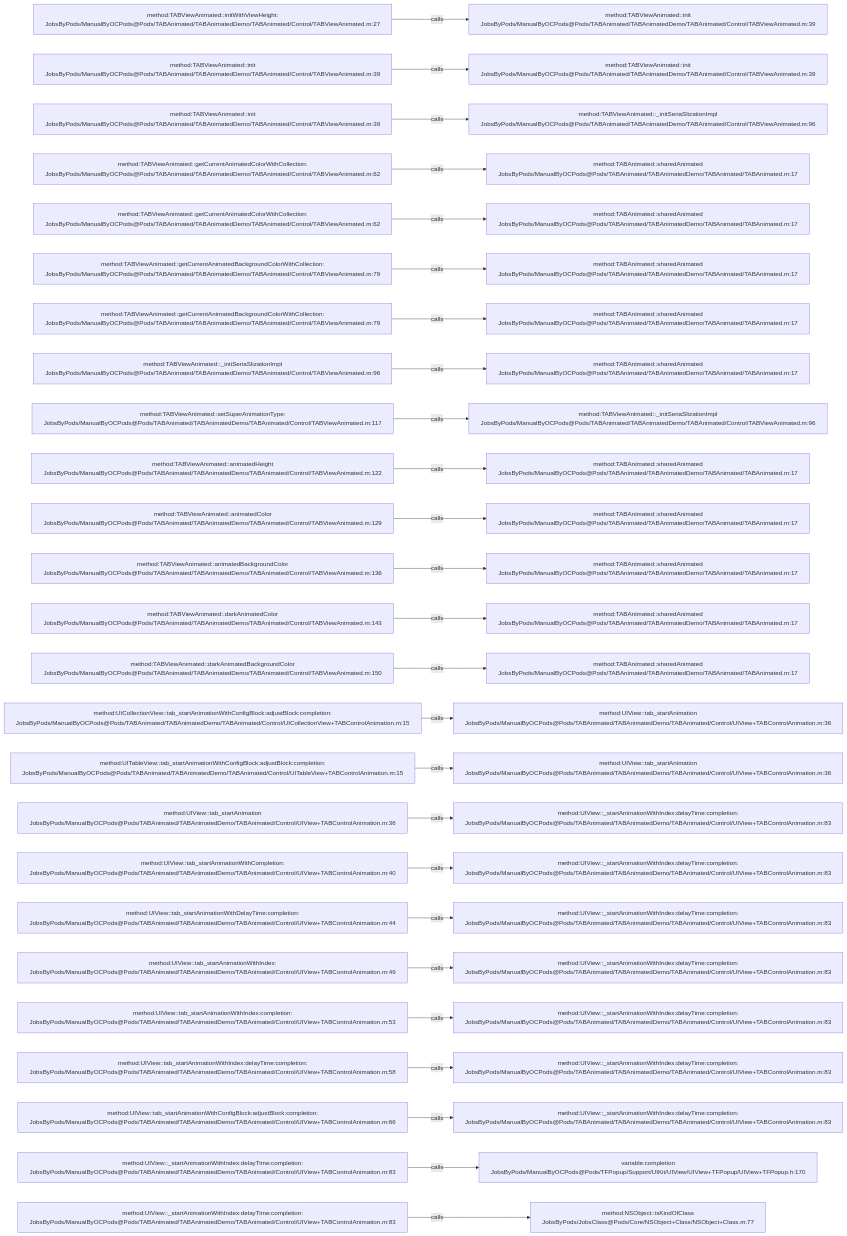
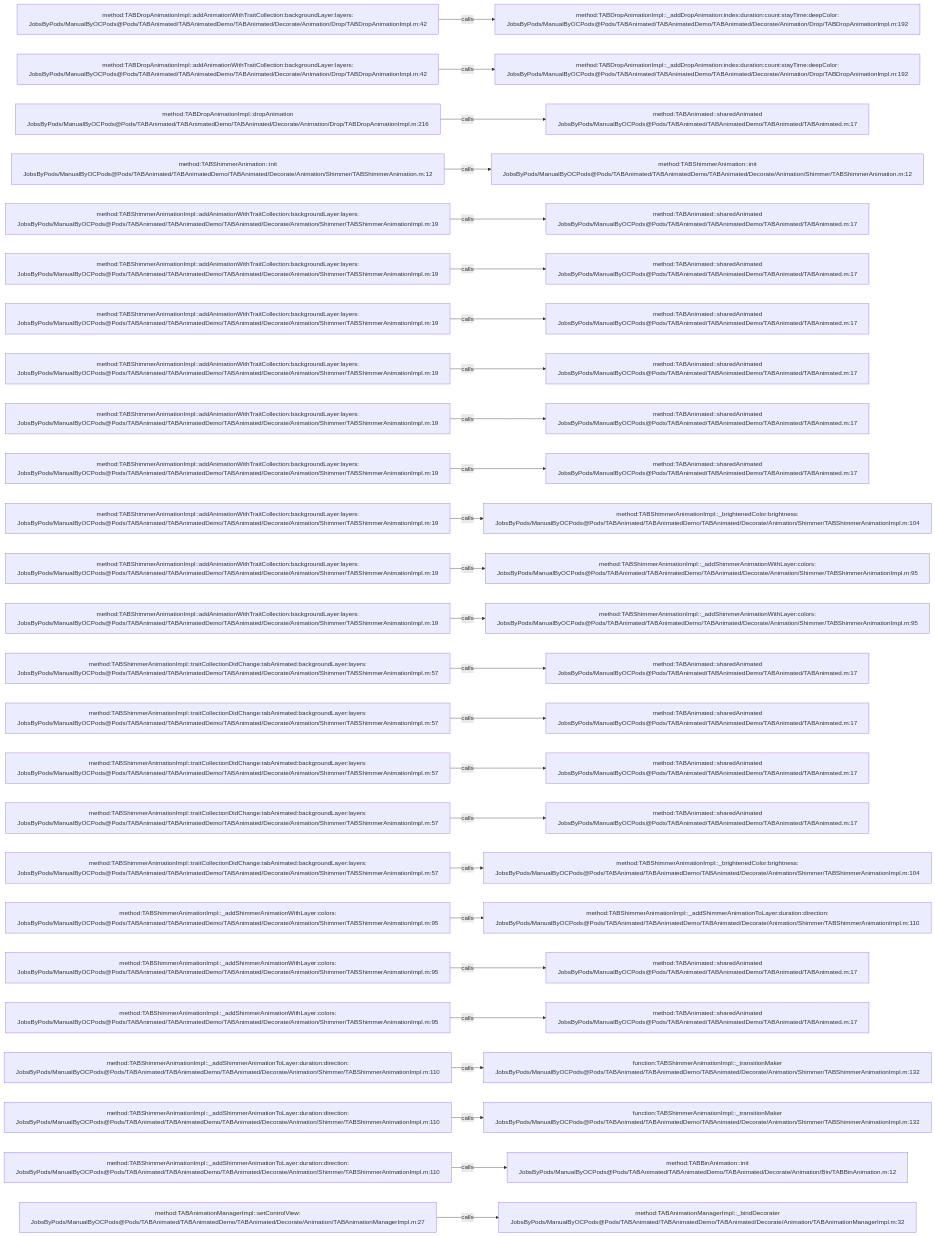
Before and after one commit to JobsKits/JobsOCBaseConfigDemo: the diagram in .codegraph/codegraph.md/graphs/calls-027.md, drawn with Mermaid. The commit also changed 1353 other files, not shown here.

````diff
--- a/.codegraph/codegraph.md/graphs/calls-027.md
+++ b/.codegraph/codegraph.md/graphs/calls-027.md
@@ -13,78 +13,78 @@
 ```mermaid
 flowchart LR
-  S1["method:TABViewAnimated::initWithViewHeight:<br/>JobsByPods/ManualByOCPods@Pods/TABAnimated/TABAnimatedDemo/TABAnimated/Control/TABViewAnimated.m:27"]
-  T1["method:TABViewAnimated::init<br/>JobsByPods/ManualByOCPods@Pods/TABAnimated/TABAnimatedDemo/TABAnimated/Control/TABViewAnimated.m:39"]
+  S1["method:TABDropAnimationImpl::addAnimationWithTraitCollection:backgroundLayer:layers:<br/>JobsByPods/ManualByOCPods@Pods/TABAnimated/TABAnimatedDemo/TABAnimated/Decorate/Animation/Drop/TABDropAnimationImpl.m:42"]
+  T1["method:TABDropAnimationImpl::_addDropAnimation:index:duration:count:stayTime:deepColor:<br/>JobsByPods/ManualByOCPods@Pods/TABAnimated/TABAnimatedDemo/TABAnimated/Decorate/Animation/Drop/TABDropAnimationImpl.m:192"]
   S1 -->|calls| T1
-  S2["method:TABViewAnimated::init<br/>JobsByPods/ManualByOCPods@Pods/TABAnimated/TABAnimatedDemo/TABAnimated/Control/TABViewAnimated.m:39"]
-  T2["method:TABViewAnimated::init<br/>JobsByPods/ManualByOCPods@Pods/TABAnimated/TABAnimatedDemo/TABAnimated/Control/TABViewAnimated.m:39"]
+  S2["method:TABDropAnimationImpl::addAnimationWithTraitCollection:backgroundLayer:layers:<br/>JobsByPods/ManualByOCPods@Pods/TABAnimated/TABAnimatedDemo/TABAnimated/Decorate/Animation/Drop/TABDropAnimationImpl.m:42"]
+  T2["method:TABDropAnimationImpl::_addDropAnimation:index:duration:count:stayTime:deepColor:<br/>JobsByPods/ManualByOCPods@Pods/TABAnimated/TABAnimatedDemo/TABAnimated/Decorate/Animation/Drop/TABDropAnimationImpl.m:192"]
   S2 -->|calls| T2
-  S3["method:TABViewAnimated::init<br/>JobsByPods/ManualByOCPods@Pods/TABAnimated/TABAnimatedDemo/TABAnimated/Control/TABViewAnimated.m:39"]
-  T3["method:TABViewAnimated::_initSeriaSlizationImpl<br/>JobsByPods/ManualByOCPods@Pods/TABAnimated/TABAnimatedDemo/TABAnimated/Control/TABViewAnimated.m:96"]
+  S3["method:TABDropAnimationImpl::dropAnimation<br/>JobsByPods/ManualByOCPods@Pods/TABAnimated/TABAnimatedDemo/TABAnimated/Decorate/Animation/Drop/TABDropAnimationImpl.m:216"]
+  T3["method:TABAnimated::sharedAnimated<br/>JobsByPods/ManualByOCPods@Pods/TABAnimated/TABAnimatedDemo/TABAnimated/TABAnimated.m:17"]
   S3 -->|calls| T3
-  S4["method:TABViewAnimated::getCurrentAnimatedColorWithCollection:<br/>JobsByPods/ManualByOCPods@Pods/TABAnimated/TABAnimatedDemo/TABAnimated/Control/TABViewAnimated.m:62"]
-  T4["method:TABAnimated::sharedAnimated<br/>JobsByPods/ManualByOCPods@Pods/TABAnimated/TABAnimatedDemo/TABAnimated/TABAnimated.m:17"]
+  S4["method:TABShimmerAnimation::init<br/>JobsByPods/ManualByOCPods@Pods/TABAnimated/TABAnimatedDemo/TABAnimated/Decorate/Animation/Shimmer/TABShimmerAnimation.m:12"]
+  T4["method:TABShimmerAnimation::init<br/>JobsByPods/ManualByOCPods@Pods/TABAnimated/TABAnimatedDemo/TABAnimated/Decorate/Animation/Shimmer/TABShimmerAnimation.m:12"]
   S4 -->|calls| T4
-  S5["method:TABViewAnimated::getCurrentAnimatedColorWithCollection:<br/>JobsByPods/ManualByOCPods@Pods/TABAnimated/TABAnimatedDemo/TABAnimated/Control/TABViewAnimated.m:62"]
+  S5["method:TABShimmerAnimationImpl::addAnimationWithTraitCollection:backgroundLayer:layers:<br/>JobsByPods/ManualByOCPods@Pods/TABAnimated/TABAnimatedDemo/TABAnimated/Decorate/Animation/Shimmer/TABShimmerAnimationImpl.m:19"]
   T5["method:TABAnimated::sharedAnimated<br/>JobsByPods/ManualByOCPods@Pods/TABAnimated/TABAnimatedDemo/TABAnimated/TABAnimated.m:17"]
   S5 -->|calls| T5
-  S6["method:TABViewAnimated::getCurrentAnimatedBackgroundColorWithCollection:<br/>JobsByPods/ManualByOCPods@Pods/TABAnimated/TABAnimatedDemo/TABAnimated/Control/TABViewAnimated.m:79"]
+  S6["method:TABShimmerAnimationImpl::addAnimationWithTraitCollection:backgroundLayer:layers:<br/>JobsByPods/ManualByOCPods@Pods/TABAnimated/TABAnimatedDemo/TABAnimated/Decorate/Animation/Shimmer/TABShimmerAnimationImpl.m:19"]
   T6["method:TABAnimated::sharedAnimated<br/>JobsByPods/ManualByOCPods@Pods/TABAnimated/TABAnimatedDemo/TABAnimated/TABAnimated.m:17"]
   S6 -->|calls| T6
-  S7["method:TABViewAnimated::getCurrentAnimatedBackgroundColorWithCollection:<br/>JobsByPods/ManualByOCPods@Pods/TABAnimated/TABAnimatedDemo/TABAnimated/Control/TABViewAnimated.m:79"]
+  S7["method:TABShimmerAnimationImpl::addAnimationWithTraitCollection:backgroundLayer:layers:<br/>JobsByPods/ManualByOCPods@Pods/TABAnimated/TABAnimatedDemo/TABAnimated/Decorate/Animation/Shimmer/TABShimmerAnimationImpl.m:19"]
   T7["method:TABAnimated::sharedAnimated<br/>JobsByPods/ManualByOCPods@Pods/TABAnimated/TABAnimatedDemo/TABAnimated/TABAnimated.m:17"]
   S7 -->|calls| T7
-  S8["method:TABViewAnimated::_initSeriaSlizationImpl<br/>JobsByPods/ManualByOCPods@Pods/TABAnimated/TABAnimatedDemo/TABAnimated/Control/TABViewAnimated.m:96"]
+  S8["method:TABShimmerAnimationImpl::addAnimationWithTraitCollection:backgroundLayer:layers:<br/>JobsByPods/ManualByOCPods@Pods/TABAnimated/TABAnimatedDemo/TABAnimated/Decorate/Animation/Shimmer/TABShimmerAnimationImpl.m:19"]
   T8["method:TABAnimated::sharedAnimated<br/>JobsByPods/ManualByOCPods@Pods/TABAnimated/TABAnimatedDemo/TABAnimated/TABAnimated.m:17"]
   S8 -->|calls| T8
-  S9["method:TABViewAnimated::setSuperAnimationType:<br/>JobsByPods/ManualByOCPods@Pods/TABAnimated/TABAnimatedDemo/TABAnimated/Control/TABViewAnimated.m:117"]
-  T9["method:TABViewAnimated::_initSeriaSlizationImpl<br/>JobsByPods/ManualByOCPods@Pods/TABAnimated/TABAnimatedDemo/TABAnimated/Control/TABViewAnimated.m:96"]
+  S9["method:TABShimmerAnimationImpl::addAnimationWithTraitCollection:backgroundLayer:layers:<br/>JobsByPods/ManualByOCPods@Pods/TABAnimated/TABAnimatedDemo/TABAnimated/Decorate/Animation/Shimmer/TABShimmerAnimationImpl.m:19"]
+  T9["method:TABAnimated::sharedAnimated<br/>JobsByPods/ManualByOCPods@Pods/TABAnimated/TABAnimatedDemo/TABAnimated/TABAnimated.m:17"]
   S9 -->|calls| T9
-  S10["method:TABViewAnimated::animatedHeight<br/>JobsByPods/ManualByOCPods@Pods/TABAnimated/TABAnimatedDemo/TABAnimated/Control/TABViewAnimated.m:122"]
+  S10["method:TABShimmerAnimationImpl::addAnimationWithTraitCollection:backgroundLayer:layers:<br/>JobsByPods/ManualByOCPods@Pods/TABAnimated/TABAnimatedDemo/TABAnimated/Decorate/Animation/Shimmer/TABShimmerAnimationImpl.m:19"]
   T10["method:TABAnimated::sharedAnimated<br/>JobsByPods/ManualByOCPods@Pods/TABAnimated/TABAnimatedDemo/TABAnimated/TABAnimated.m:17"]
   S10 -->|calls| T10
-  S11["method:TABViewAnimated::animatedColor<br/>JobsByPods/ManualByOCPods@Pods/TABAnimated/TABAnimatedDemo/TABAnimated/Control/TABViewAnimated.m:129"]
-  T11["method:TABAnimated::sharedAnimated<br/>JobsByPods/ManualByOCPods@Pods/TABAnimated/TABAnimatedDemo/TABAnimated/TABAnimated.m:17"]
+  S11["method:TABShimmerAnimationImpl::addAnimationWithTraitCollection:backgroundLayer:layers:<br/>JobsByPods/ManualByOCPods@Pods/TABAnimated/TABAnimatedDemo/TABAnimated/Decorate/Animation/Shimmer/TABShimmerAnimationImpl.m:19"]
+  T11["method:TABShimmerAnimationImpl::_brightenedColor:brightness:<br/>JobsByPods/ManualByOCPods@Pods/TABAnimated/TABAnimatedDemo/TABAnimated/Decorate/Animation/Shimmer/TABShimmerAnimationImpl.m:104"]
   S11 -->|calls| T11
-  S12["method:TABViewAnimated::animatedBackgroundColor<br/>JobsByPods/ManualByOCPods@Pods/TABAnimated/TABAnimatedDemo/TABAnimated/Control/TABViewAnimated.m:136"]
-  T12["method:TABAnimated::sharedAnimated<br/>JobsByPods/ManualByOCPods@Pods/TABAnimated/TABAnimatedDemo/TABAnimated/TABAnimated.m:17"]
+  S12["method:TABShimmerAnimationImpl::addAnimationWithTraitCollection:backgroundLayer:layers:<br/>JobsByPods/ManualByOCPods@Pods/TABAnimated/TABAnimatedDemo/TABAnimated/Decorate/Animation/Shimmer/TABShimmerAnimationImpl.m:19"]
+  T12["method:TABShimmerAnimationImpl::_addShimmerAnimationWithLayer:colors:<br/>JobsByPods/ManualByOCPods@Pods/TABAnimated/TABAnimatedDemo/TABAnimated/Decorate/Animation/Shimmer/TABShimmerAnimationImpl.m:95"]
   S12 -->|calls| T12
-  S13["method:TABViewAnimated::darkAnimatedColor<br/>JobsByPods/ManualByOCPods@Pods/TABAnimated/TABAnimatedDemo/TABAnimated/Control/TABViewAnimated.m:143"]
-  T13["method:TABAnimated::sharedAnimated<br/>JobsByPods/ManualByOCPods@Pods/TABAnimated/TABAnimatedDemo/TABAnimated/TABAnimated.m:17"]
+  S13["method:TABShimmerAnimationImpl::addAnimationWithTraitCollection:backgroundLayer:layers:<br/>JobsByPods/ManualByOCPods@Pods/TABAnimated/TABAnimatedDemo/TABAnimated/Decorate/Animation/Shimmer/TABShimmerAnimationImpl.m:19"]
+  T13["method:TABShimmerAnimationImpl::_addShimmerAnimationWithLayer:colors:<br/>JobsByPods/ManualByOCPods@Pods/TABAnimated/TABAnimatedDemo/TABAnimated/Decorate/Animation/Shimmer/TABShimmerAnimationImpl.m:95"]
   S13 -->|calls| T13
-  S14["method:TABViewAnimated::darkAnimatedBackgroundColor<br/>JobsByPods/ManualByOCPods@Pods/TABAnimated/TABAnimatedDemo/TABAnimated/Control/TABViewAnimated.m:150"]
+  S14["method:TABShimmerAnimationImpl::traitCollectionDidChange:tabAnimated:backgroundLayer:layers:<br/>JobsByPods/ManualByOCPods@Pods/TABAnimated/TABAnimatedDemo/TABAnimated/Decorate/Animation/Shimmer/TABShimmerAnimationImpl.m:57"]
   T14["method:TABAnimated::sharedAnimated<br/>JobsByPods/ManualByOCPods@Pods/TABAnimated/TABAnimatedDemo/TABAnimated/TABAnimated.m:17"]
   S14 -->|calls| T14
-  S15["method:UICollectionView::tab_startAnimationWithConfigBlock:adjustBlock:completion:<br/>JobsByPods/ManualByOCPods@Pods/TABAnimated/TABAnimatedDemo/TABAnimated/Control/UICollectionView+TABControlAnimation.m:15"]
-  T15["method:UIView::tab_startAnimation<br/>JobsByPods/ManualByOCPods@Pods/TABAnimated/TABAnimatedDemo/TABAnimated/Control/UIView+TABControlAnimation.m:36"]
+  S15["method:TABShimmerAnimationImpl::traitCollectionDidChange:tabAnimated:backgroundLayer:layers:<br/>JobsByPods/ManualByOCPods@Pods/TABAnimated/TABAnimatedDemo/TABAnimated/Decorate/Animation/Shimmer/TABShimmerAnimationImpl.m:57"]
+  T15["method:TABAnimated::sharedAnimated<br/>JobsByPods/ManualByOCPods@Pods/TABAnimated/TABAnimatedDemo/TABAnimated/TABAnimated.m:17"]
   S15 -->|calls| T15
-  S16["method:UITableView::tab_startAnimationWithConfigBlock:adjustBlock:completion:<br/>JobsByPods/ManualByOCPods@Pods/TABAnimated/TABAnimatedDemo/TABAnimated/Control/UITableView+TABControlAnimation.m:15"]
-  T16["method:UIView::tab_startAnimation<br/>JobsByPods/ManualByOCPods@Pods/TABAnimated/TABAnimatedDemo/TABAnimated/Control/UIView+TABControlAnimation.m:36"]
+  S16["method:TABShimmerAnimationImpl::traitCollectionDidChange:tabAnimated:backgroundLayer:layers:<br/>JobsByPods/ManualByOCPods@Pods/TABAnimated/TABAnimatedDemo/TABAnimated/Decorate/Animation/Shimmer/TABShimmerAnimationImpl.m:57"]
+  T16["method:TABAnimated::sharedAnimated<br/>JobsByPods/ManualByOCPods@Pods/TABAnimated/TABAnimatedDemo/TABAnimated/TABAnimated.m:17"]
   S16 -->|calls| T16
-  S17["method:UIView::tab_startAnimation<br/>JobsByPods/ManualByOCPods@Pods/TABAnimated/TABAnimatedDemo/TABAnimated/Control/UIView+TABControlAnimation.m:36"]
-  T17["method:UIView::_startAnimationWithIndex:delayTime:completion:<br/>JobsByPods/ManualByOCPods@Pods/TABAnimated/TABAnimatedDemo/TABAnimated/Control/UIView+TABControlAnimation.m:83"]
+  S17["method:TABShimmerAnimationImpl::traitCollectionDidChange:tabAnimated:backgroundLayer:layers:<br/>JobsByPods/ManualByOCPods@Pods/TABAnimated/TABAnimatedDemo/TABAnimated/Decorate/Animation/Shimmer/TABShimmerAnimationImpl.m:57"]
+  T17["method:TABAnimated::sharedAnimated<br/>JobsByPods/ManualByOCPods@Pods/TABAnimated/TABAnimatedDemo/TABAnimated/TABAnimated.m:17"]
   S17 -->|calls| T17
-  S18["method:UIView::tab_startAnimationWithCompletion:<br/>JobsByPods/ManualByOCPods@Pods/TABAnimated/TABAnimatedDemo/TABAnimated/Control/UIView+TABControlAnimation.m:40"]
-  T18["method:UIView::_startAnimationWithIndex:delayTime:completion:<br/>JobsByPods/ManualByOCPods@Pods/TABAnimated/TABAnimatedDemo/TABAnimated/Control/UIView+TABControlAnimation.m:83"]
+  S18["method:TABShimmerAnimationImpl::traitCollectionDidChange:tabAnimated:backgroundLayer:layers:<br/>JobsByPods/ManualByOCPods@Pods/TABAnimated/TABAnimatedDemo/TABAnimated/Decorate/Animation/Shimmer/TABShimmerAnimationImpl.m:57"]
+  T18["method:TABShimmerAnimationImpl::_brightenedColor:brightness:<br/>JobsByPods/ManualByOCPods@Pods/TABAnimated/TABAnimatedDemo/TABAnimated/Decorate/Animation/Shimmer/TABShimmerAnimationImpl.m:104"]
   S18 -->|calls| T18
-  S19["method:UIView::tab_startAnimationWithDelayTime:completion:<br/>JobsByPods/ManualByOCPods@Pods/TABAnimated/TABAnimatedDemo/TABAnimated/Control/UIView+TABControlAnimation.m:44"]
-  T19["method:UIView::_startAnimationWithIndex:delayTime:completion:<br/>JobsByPods/ManualByOCPods@Pods/TABAnimated/TABAnimatedDemo/TABAnimated/Control/UIView+TABControlAnimation.m:83"]
+  S19["method:TABShimmerAnimationImpl::_addShimmerAnimationWithLayer:colors:<br/>JobsByPods/ManualByOCPods@Pods/TABAnimated/TABAnimatedDemo/TABAnimated/Decorate/Animation/Shimmer/TABShimmerAnimationImpl.m:95"]
+  T19["method:TABShimmerAnimationImpl::_addShimmerAnimationToLayer:duration:direction:<br/>JobsByPods/ManualByOCPods@Pods/TABAnimated/TABAnimatedDemo/TABAnimated/Decorate/Animation/Shimmer/TABShimmerAnimationImpl.m:110"]
   S19 -->|calls| T19
-  S20["method:UIView::tab_startAnimationWithIndex:<br/>JobsByPods/ManualByOCPods@Pods/TABAnimated/TABAnimatedDemo/TABAnimated/Control/UIView+TABControlAnimation.m:49"]
-  T20["method:UIView::_startAnimationWithIndex:delayTime:completion:<br/>JobsByPods/ManualByOCPods@Pods/TABAnimated/TABAnimatedDemo/TABAnimated/Control/UIView+TABControlAnimation.m:83"]
+  S20["method:TABShimmerAnimationImpl::_addShimmerAnimationWithLayer:colors:<br/>JobsByPods/ManualByOCPods@Pods/TABAnimated/TABAnimatedDemo/TABAnimated/Decorate/Animation/Shimmer/TABShimmerAnimationImpl.m:95"]
+  T20["method:TABAnimated::sharedAnimated<br/>JobsByPods/ManualByOCPods@Pods/TABAnimated/TABAnimatedDemo/TABAnimated/TABAnimated.m:17"]
   S20 -->|calls| T20
-  S21["method:UIView::tab_startAnimationWithIndex:completion:<br/>JobsByPods/ManualByOCPods@Pods/TABAnimated/TABAnimatedDemo/TABAnimated/Control/UIView+TABControlAnimation.m:53"]
-  T21["method:UIView::_startAnimationWithIndex:delayTime:completion:<br/>JobsByPods/ManualByOCPods@Pods/TABAnimated/TABAnimatedDemo/TABAnimated/Control/UIView+TABControlAnimation.m:83"]
+  S21["method:TABShimmerAnimationImpl::_addShimmerAnimationWithLayer:colors:<br/>JobsByPods/ManualByOCPods@Pods/TABAnimated/TABAnimatedDemo/TABAnimated/Decorate/Animation/Shimmer/TABShimmerAnimationImpl.m:95"]
+  T21["method:TABAnimated::sharedAnimated<br/>JobsByPods/ManualByOCPods@Pods/TABAnimated/TABAnimatedDemo/TABAnimated/TABAnimated.m:17"]
   S21 -->|calls| T21
-  S22["method:UIView::tab_startAnimationWithIndex:delayTime:completion:<br/>JobsByPods/ManualByOCPods@Pods/TABAnimated/TABAnimatedDemo/TABAnimated/Control/UIView+TABControlAnimation.m:58"]
-  T22["method:UIView::_startAnimationWithIndex:delayTime:completion:<br/>JobsByPods/ManualByOCPods@Pods/TABAnimated/TABAnimatedDemo/TABAnimated/Control/UIView+TABControlAnimation.m:83"]
+  S22["method:TABShimmerAnimationImpl::_addShimmerAnimationToLayer:duration:direction:<br/>JobsByPods/ManualByOCPods@Pods/TABAnimated/TABAnimatedDemo/TABAnimated/Decorate/Animation/Shimmer/TABShimmerAnimationImpl.m:110"]
+  T22["function:TABShimmerAnimationImpl::_transitionMaker<br/>JobsByPods/ManualByOCPods@Pods/TABAnimated/TABAnimatedDemo/TABAnimated/Decorate/Animation/Shimmer/TABShimmerAnimationImpl.m:132"]
   S22 -->|calls| T22
-  S23["method:UIView::tab_startAnimationWithConfigBlock:adjustBlock:completion:<br/>JobsByPods/ManualByOCPods@Pods/TABAnimated/TABAnimatedDemo/TABAnimated/Control/UIView+TABControlAnimation.m:66"]
-  T23["method:UIView::_startAnimationWithIndex:delayTime:completion:<br/>JobsByPods/ManualByOCPods@Pods/TABAnimated/TABAnimatedDemo/TABAnimated/Control/UIView+TABControlAnimation.m:83"]
+  S23["method:TABShimmerAnimationImpl::_addShimmerAnimationToLayer:duration:direction:<br/>JobsByPods/ManualByOCPods@Pods/TABAnimated/TABAnimatedDemo/TABAnimated/Decorate/Animation/Shimmer/TABShimmerAnimationImpl.m:110"]
+  T23["function:TABShimmerAnimationImpl::_transitionMaker<br/>JobsByPods/ManualByOCPods@Pods/TABAnimated/TABAnimatedDemo/TABAnimated/Decorate/Animation/Shimmer/TABShimmerAnimationImpl.m:132"]
   S23 -->|calls| T23
-  S24["method:UIView::_startAnimationWithIndex:delayTime:completion:<br/>JobsByPods/ManualByOCPods@Pods/TABAnimated/TABAnimatedDemo/TABAnimated/Control/UIView+TABControlAnimation.m:83"]
-  T24["variable:completion<br/>JobsByPods/ManualByOCPods@Pods/TFPopup/Support/UIKit/UIView/UIView+TFPopup/UIView+TFPopup.h:170"]
+  S24["method:TABShimmerAnimationImpl::_addShimmerAnimationToLayer:duration:direction:<br/>JobsByPods/ManualByOCPods@Pods/TABAnimated/TABAnimatedDemo/TABAnimated/Decorate/Animation/Shimmer/TABShimmerAnimationImpl.m:110"]
+  T24["method:TABBinAnimation::init<br/>JobsByPods/ManualByOCPods@Pods/TABAnimated/TABAnimatedDemo/TABAnimated/Decorate/Animation/Bin/TABBinAnimation.m:12"]
   S24 -->|calls| T24
-  S25["method:UIView::_startAnimationWithIndex:delayTime:completion:<br/>JobsByPods/ManualByOCPods@Pods/TABAnimated/TABAnimatedDemo/TABAnimated/Control/UIView+TABControlAnimation.m:83"]
-  T25["method:NSObject::isKindOfClass<br/>JobsByPods/JobsClass@Pods/Core/NSObject+Class/NSObject+Class.m:77"]
+  S25["method:TABAnimationManagerImpl::setControlView:<br/>JobsByPods/ManualByOCPods@Pods/TABAnimated/TABAnimatedDemo/TABAnimated/Decorate/Animation/TABAnimationManagerImpl.m:27"]
+  T25["method:TABAnimationManagerImpl::_bindDecorater<br/>JobsByPods/ManualByOCPods@Pods/TABAnimated/TABAnimatedDemo/TABAnimated/Decorate/Animation/TABAnimationManagerImpl.m:32"]
   S25 -->|calls| T25
 ```
````
